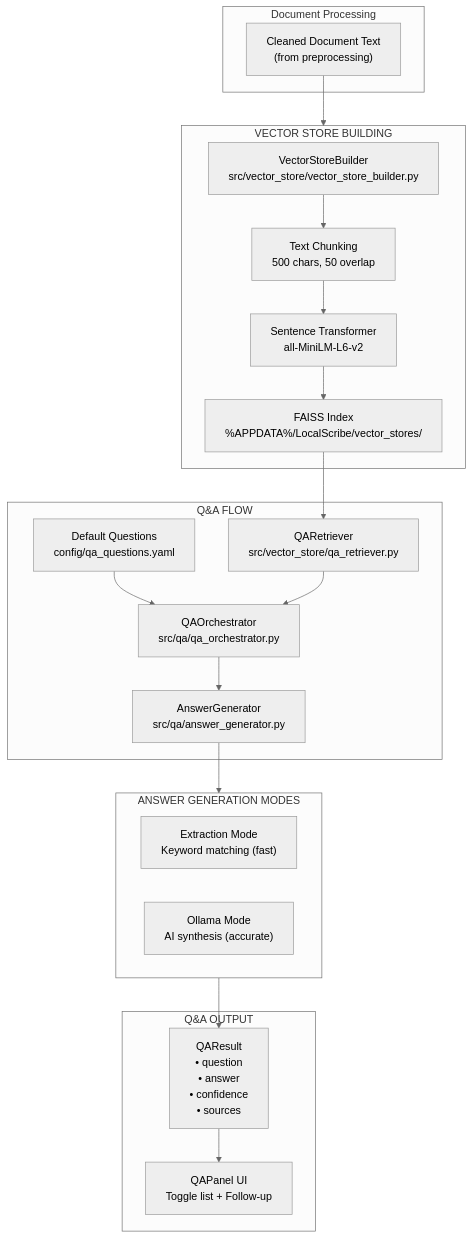
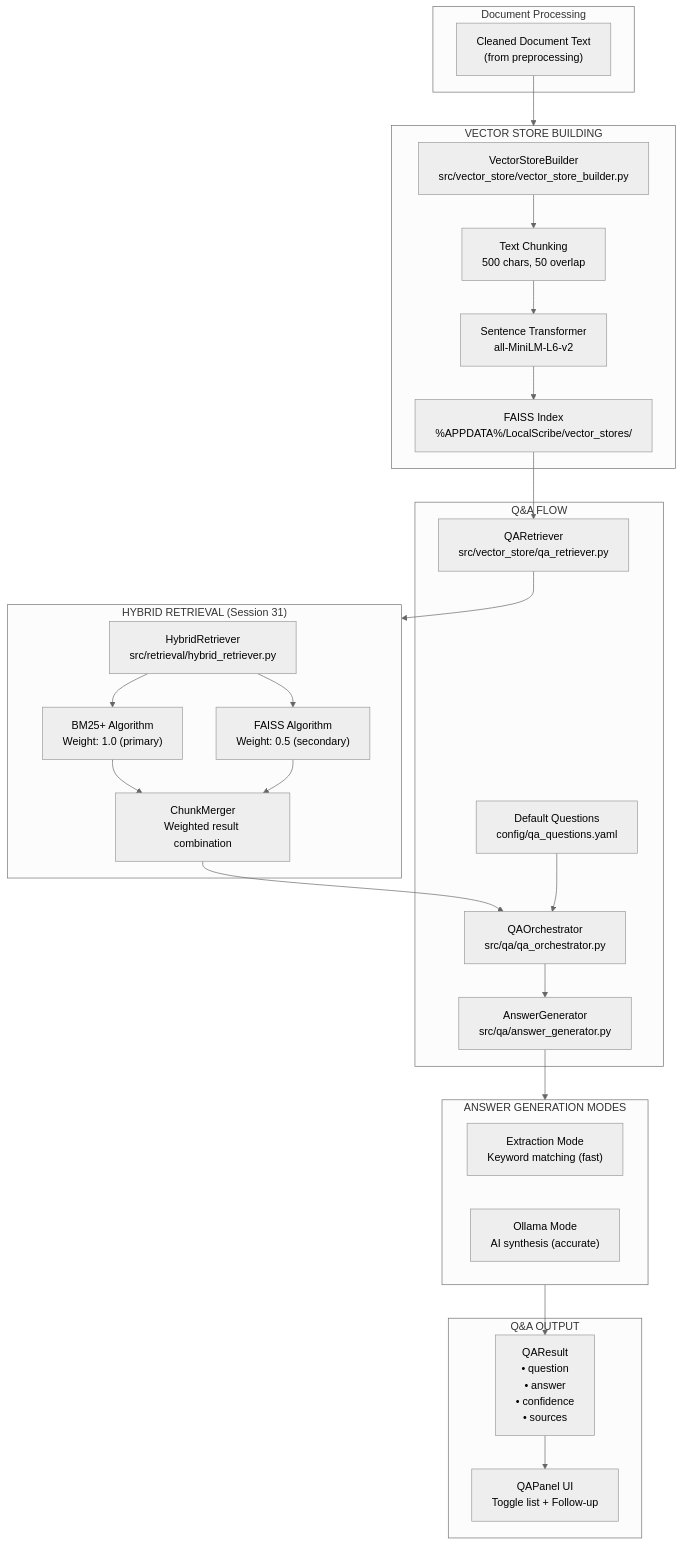
Before and after one commit to nono638/CaseSummarizer: the eighth of 18 diagrams in ARCHITECTURE.md, drawn with Mermaid (neutral theme). The commit also changed other lines of this file and 35 other files, not shown here.

First line of the commit message:
feat: Codebase organization + hybrid retrieval (Sessions 31-33)

````diff
--- a/ARCHITECTURE.md
+++ b/ARCHITECTURE.md
@@ -392,43 +401,56 @@
 ```mermaid
 flowchart TB
     subgraph Input["Document Processing"]
         CleanText["Cleaned Document Text<br/>(from preprocessing)"]
     end
 
     subgraph VectorBuild["VECTOR STORE BUILDING"]
         Builder["VectorStoreBuilder<br/>src/vector_store/vector_store_builder.py"]
         Chunker["Text Chunking<br/>500 chars, 50 overlap"]
         Embedder["Sentence Transformer<br/>all-MiniLM-L6-v2"]
         FAISSIndex["FAISS Index<br/>%APPDATA%/LocalScribe/vector_stores/"]
 
         Builder --> Chunker
         Chunker --> Embedder
         Embedder --> FAISSIndex
+    end
+
+    subgraph HybridRetrieval["HYBRID RETRIEVAL (Session 31)"]
+        HybridRetriever["HybridRetriever<br/>src/retrieval/hybrid_retriever.py"]
+        BM25Plus["BM25+ Algorithm<br/>Weight: 1.0 (primary)"]
+        FAISSAlgo["FAISS Algorithm<br/>Weight: 0.5 (secondary)"]
+        ChunkMerger["ChunkMerger<br/>Weighted result combination"]
+
+        HybridRetriever --> BM25Plus
+        HybridRetriever --> FAISSAlgo
+        BM25Plus --> ChunkMerger
+        FAISSAlgo --> ChunkMerger
     end
 
     subgraph QAFlow["Q&A FLOW"]
         Questions["Default Questions<br/>config/qa_questions.yaml"]
         Retriever["QARetriever<br/>src/vector_store/qa_retriever.py"]
         Orchestrator["QAOrchestrator<br/>src/qa/qa_orchestrator.py"]
         Generator["AnswerGenerator<br/>src/qa/answer_generator.py"]
     end
 
     subgraph AnswerModes["ANSWER GENERATION MODES"]
         Extraction["Extraction Mode<br/>Keyword matching (fast)"]
         OllamaMode["Ollama Mode<br/>AI synthesis (accurate)"]
     end
 
     subgraph Output["Q&A OUTPUT"]
         QAResult["QAResult<br/>• question<br/>• answer<br/>• confidence<br/>• sources"]
         QAPanel["QAPanel UI<br/>Toggle list + Follow-up"]
     end
 
     CleanText --> VectorBuild
     FAISSIndex --> Retriever
+    Retriever --> HybridRetrieval
+    ChunkMerger --> Orchestrator
     Questions --> Orchestrator
-    Retriever --> Orchestrator
     Orchestrator --> Generator
     Generator --> AnswerModes
     AnswerModes --> QAResult
     QAResult --> QAPanel
 ```
````
